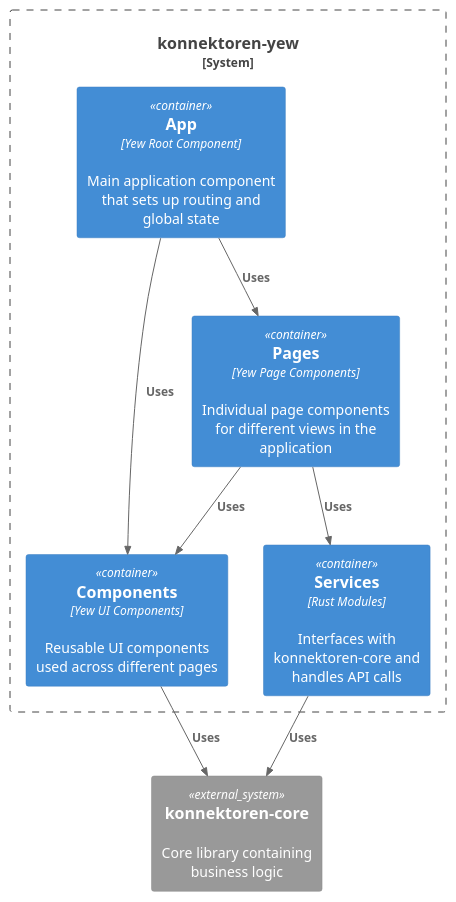
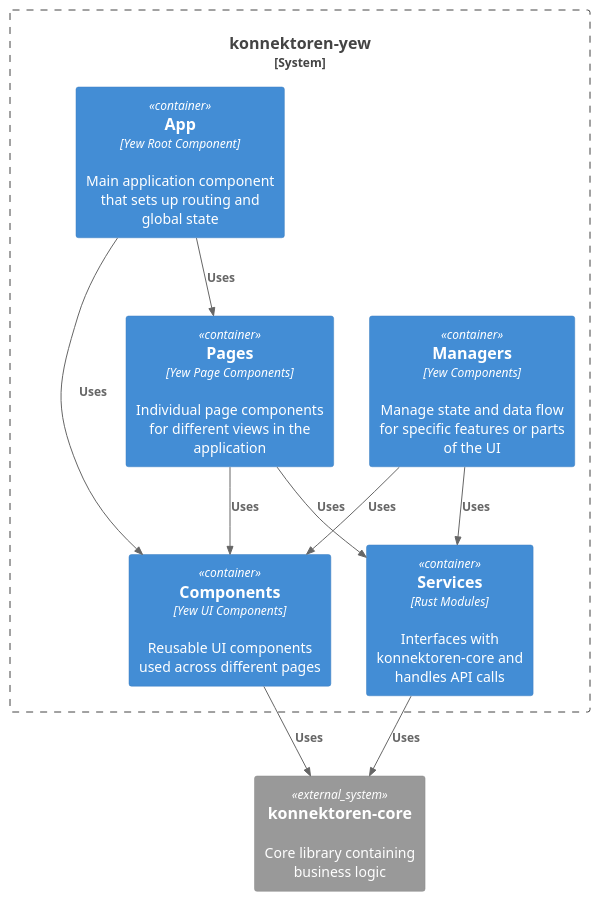
One commit to konnektoren/konnektoren-rs changed the tenth of 15 diagrams in docs/src/05_building_block_view.adoc. Above: the diagram before and after it, drawn with PlantUML. The commit also changed other lines of this file, not shown here.

Commit message:
documents yew managers

```diff
--- a/docs/src/05_building_block_view.adoc
+++ b/docs/src/05_building_block_view.adoc
@@ -371,23 +371,26 @@
 [plantuml, konnektoren-yew-structure-c4, png]
 ----
 @startuml
 !include https://raw.githubusercontent.com/plantuml-stdlib/C4-PlantUML/master/C4_Container.puml
 
 System_Boundary(konnektoren_yew, "konnektoren-yew") {
     Container(app, "App", "Yew Root Component", "Main application component that sets up routing and global state")
     Container(components, "Components", "Yew UI Components", "Reusable UI components used across different pages")
     Container(pages, "Pages", "Yew Page Components", "Individual page components for different views in the application")
     Container(services, "Services", "Rust Modules", "Interfaces with konnektoren-core and handles API calls")
+    Container(managers, "Managers", "Yew Components", "Manage state and data flow for specific features or parts of the UI")
 }
 
 System_Ext(konnektoren_core, "konnektoren-core", "Core library containing business logic")
 
 Rel(app, components, "Uses")
 Rel(app, pages, "Uses")
 Rel(pages, components, "Uses")
 Rel(pages, services, "Uses")
 Rel(components, konnektoren_core, "Uses")
 Rel(services, konnektoren_core, "Uses")
+Rel(managers, components, "Uses")
+Rel(managers, services, "Uses")
 
 @enduml
 ----
```
